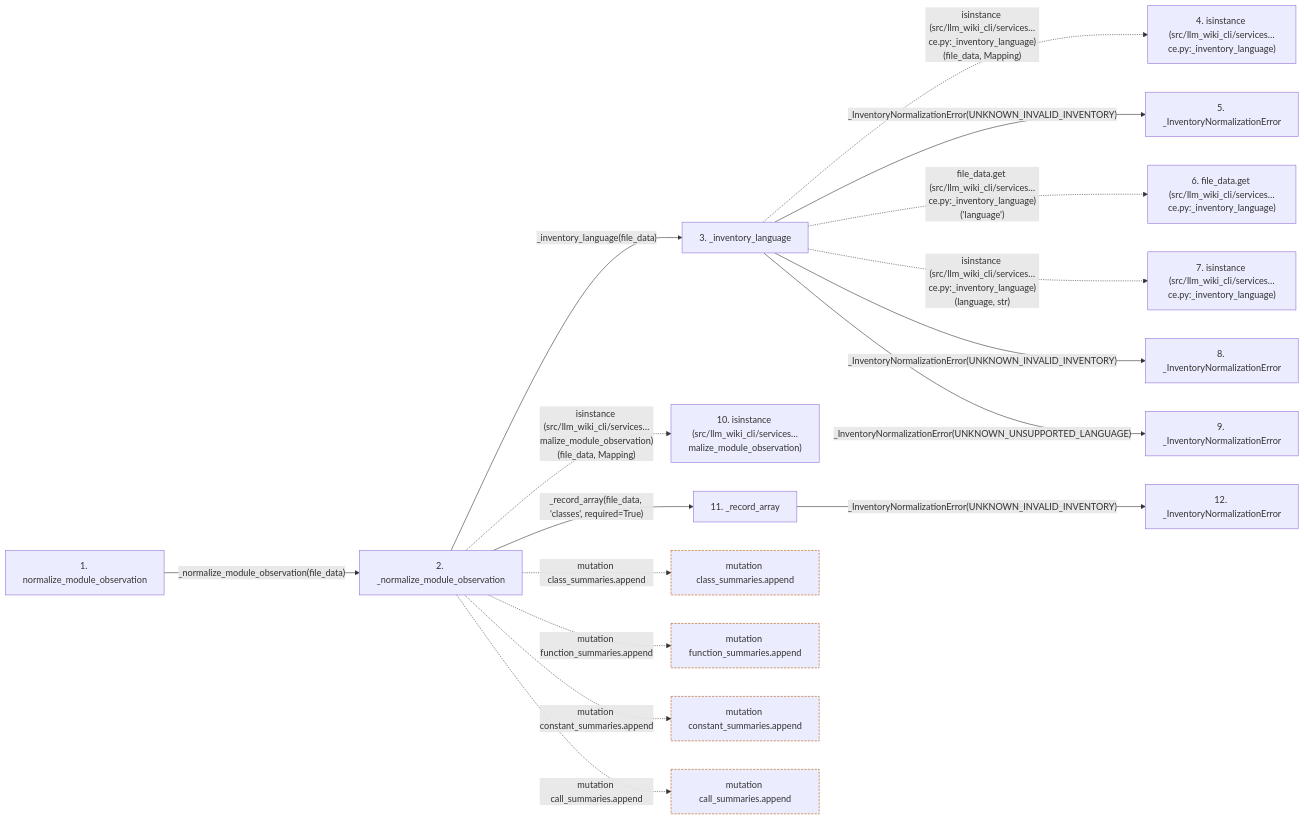
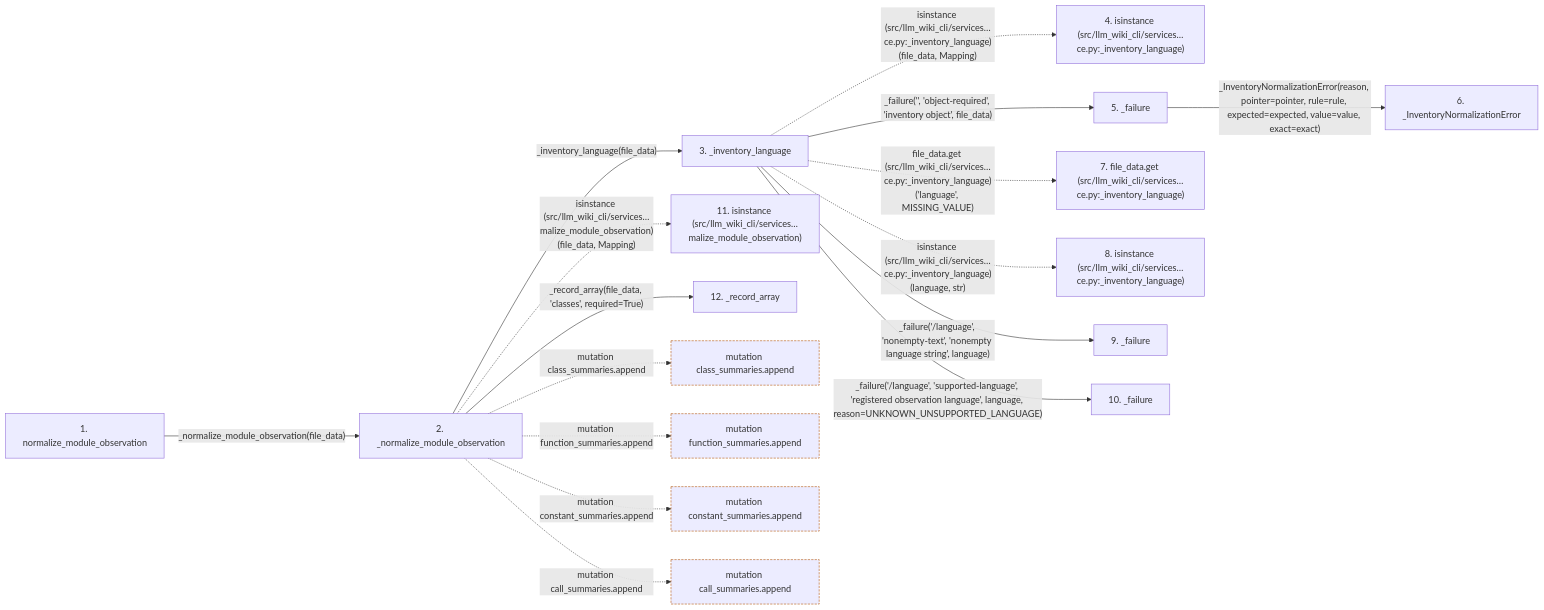
The second of 2 diagrams in docs/llm_wiki/flows/api-normalize_module_observation.md (Denissvgn/python-wiki-llm), drawn with Mermaid before and after one commit. The commit also changed other lines of this file and 775 other files, not shown here.

````diff
--- a/docs/llm_wiki/flows/api-normalize_module_observation.md
+++ b/docs/llm_wiki/flows/api-normalize_module_observation.md
@@ -99,47 +99,47 @@
 ```mermaid
 flowchart LR
     s1["1. normalize_module_observation"]
     s2["2. _normalize_module_observation"]
     s3["3. _inventory_language"]
     s4["4. isinstance (src/llm_wiki_cli/services…ce.py:_inventory_language)"]
-    s5["5. _InventoryNormalizationError"]
-    s6["6. file_data.get (src/llm_wiki_cli/services…ce.py:_inventory_language)"]
-    s7["7. isinstance (src/llm_wiki_cli/services…ce.py:_inventory_language)"]
-    s8["8. _InventoryNormalizationError"]
-    s9["9. _InventoryNormalizationError"]
-    s10["10. isinstance (src/llm_wiki_cli/services…malize_module_observation)"]
-    s11["11. _record_array"]
-    s12["12. _InventoryNormalizationError"]
+    s5["5. _failure"]
+    s6["6. _InventoryNormalizationError"]
+    s7["7. file_data.get (src/llm_wiki_cli/services…ce.py:_inventory_language)"]
+    s8["8. isinstance (src/llm_wiki_cli/services…ce.py:_inventory_language)"]
+    s9["9. _failure"]
+    s10["10. _failure"]
+    s11["11. isinstance (src/llm_wiki_cli/services…malize_module_observation)"]
+    s12["12. _record_array"]
     s1 -->|"_normalize_module_observation(file_data)"| s2
     s2 -->|"_inventory_language(file_data)"| s3
     s3 -. "isinstance (src/llm_wiki_cli/services…ce.py:_inventory_language)(file_data, Mapping)" .-> s4
-    s3 -->|"_InventoryNormalizationError(UNKNOWN_INVALID_INVENTORY)"| s5
-    s3 -. "file_data.get (src/llm_wiki_cli/services…ce.py:_inventory_language)('language')" .-> s6
-    s3 -. "isinstance (src/llm_wiki_cli/services…ce.py:_inventory_language)(language, str)" .-> s7
-    s3 -->|"_InventoryNormalizationError(UNKNOWN_INVALID_INVENTORY)"| s8
-    s3 -->|"_InventoryNormalizationError(UNKNOWN_UNSUPPORTED_LANGUAGE)"| s9
-    s2 -. "isinstance (src/llm_wiki_cli/services…malize_module_observation)(file_data, Mapping)" .-> s10
-    s2 -->|"_record_array(file_data, 'classes', required=True)"| s11
-    s11 -->|"_InventoryNormalizationError(UNKNOWN_INVALID_INVENTORY)"| s12
+    s3 -->|"_failure('', 'object-required', 'inventory object', file_data)"| s5
+    s5 -->|"_InventoryNormalizationError(reason, pointer=pointer, rule=rule, expected=expected, value=value, exact=exact)"| s6
+    s3 -. "file_data.get (src/llm_wiki_cli/services…ce.py:_inventory_language)('language', MISSING_VALUE)" .-> s7
+    s3 -. "isinstance (src/llm_wiki_cli/services…ce.py:_inventory_language)(language, str)" .-> s8
+    s3 -->|"_failure('/language', 'nonempty-text', 'nonempty language string', language)"| s9
+    s3 -->|"_failure('/language', 'supported-language', 'registered observation language', language, reason=UNKNOWN_UNSUPPORTED_LANGUAGE)"| s10
+    s2 -. "isinstance (src/llm_wiki_cli/services…malize_module_observation)(file_data, Mapping)" .-> s11
+    s2 -->|"_record_array(file_data, 'classes', required=True)"| s12
     b0["mutation class_summaries.append"]
     s2 -. "mutation class_summaries.append" .-> b0
     b1["mutation function_summaries.append"]
     s2 -. "mutation function_summaries.append" .-> b1
     b2["mutation constant_summaries.append"]
     s2 -. "mutation constant_summaries.append" .-> b2
     b3["mutation call_summaries.append"]
     s2 -. "mutation call_summaries.append" .-> b3
     click s1 "../modules/knowledge_evidence.md"
     click s2 "../modules/knowledge_evidence.md"
     click s3 "../modules/knowledge_evidence.md"
     click s5 "../modules/knowledge_evidence.md"
-    click s8 "../modules/knowledge_evidence.md"
+    click s6 "../modules/knowledge_evidence.md"
     click s9 "../modules/knowledge_evidence.md"
-    click s11 "../modules/knowledge_evidence.md"
+    click s10 "../modules/knowledge_evidence.md"
     click s12 "../modules/knowledge_evidence.md"
     classDef boundary stroke:#b45309,stroke-dasharray: 4 2
     class b0 boundary
     class b1 boundary
     class b2 boundary
     class b3 boundary
 ```
````
